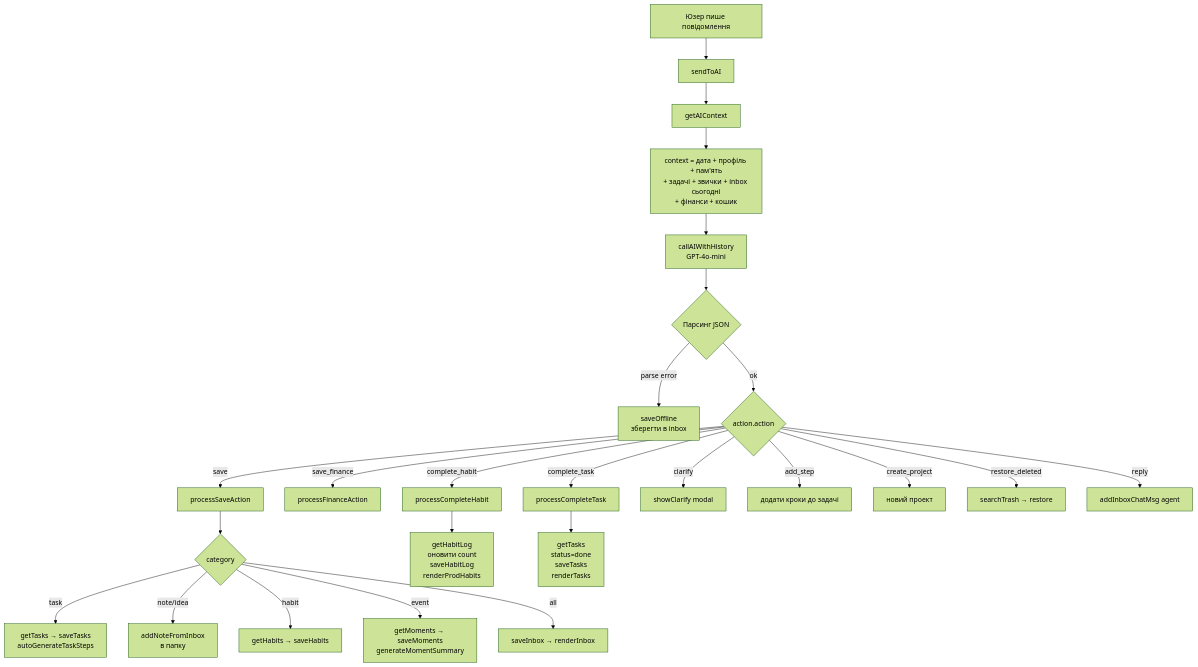
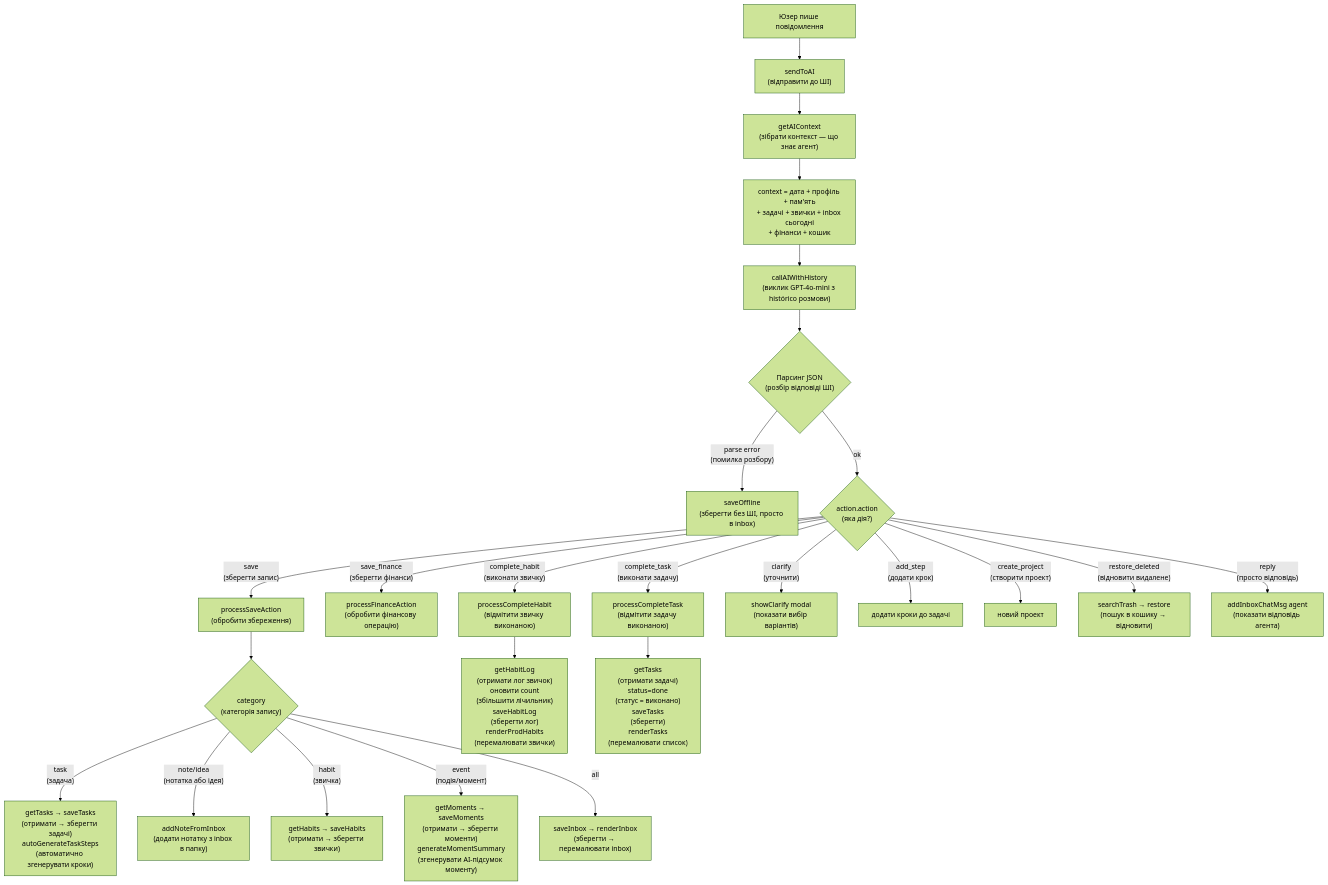
One commit to OWLs68/NeverMind changed the second of 6 diagrams in docs/ARCHITECTURE.md. Above: the diagram before and after it, drawn with Mermaid (forest theme). The commit also changed other lines of this file, not shown here.

First line of the commit message:
docs: додати переклади і описи до всіх діаграм

````diff
--- a/docs/ARCHITECTURE.md
+++ b/docs/ARCHITECTURE.md
@@ -60,30 +75,30 @@
 ```mermaid
 flowchart TD
-    A[Юзер пише повідомлення] --> B[sendToAI]
-    B --> C[getAIContext]
+    A[Юзер пише повідомлення] --> B["sendToAI\n(відправити до ШІ)"]
+    B --> C["getAIContext\n(зібрати контекст — що знає агент)"]
     C --> D["context = дата + профіль + пам'ять\n+ задачі + звички + inbox сьогодні\n+ фінанси + кошик"]
-    D --> E[callAIWithHistory\nGPT-4o-mini]
-    E --> F{Парсинг JSON}
-    F -->|parse error| G[saveOffline\nзберегти в inbox]
-    F -->|ok| H{action.action}
+    D --> E["callAIWithHistory\n(виклик GPT-4o-mini з histórico розмови)"]
+    E --> F{"Парсинг JSON\n(розбір відповіді ШІ)"}
+    F -->|"parse error\n(помилка розбору)"| G["saveOffline\n(зберегти без ШІ, просто в inbox)"]
+    F -->|ok| H{"action.action\n(яка дія?)"}
 
-    H -->|save| I[processSaveAction]
-    H -->|save_finance| J[processFinanceAction]
-    H -->|complete_habit| K[processCompleteHabit]
-    H -->|complete_task| L[processCompleteTask]
-    H -->|clarify| M[showClarify modal]
-    H -->|add_step| N[додати кроки до задачі]
-    H -->|create_project| O[новий проект]
-    H -->|restore_deleted| P[searchTrash → restore]
-    H -->|reply| Q[addInboxChatMsg agent]
+    H -->|"save\n(зберегти запис)"| I["processSaveAction\n(обробити збереження)"]
+    H -->|"save_finance\n(зберегти фінанси)"| J["processFinanceAction\n(обробити фінансову операцію)"]
+    H -->|"complete_habit\n(виконати звичку)"| K["processCompleteHabit\n(відмітити звичку виконаною)"]
+    H -->|"complete_task\n(виконати задачу)"| L["processCompleteTask\n(відмітити задачу виконаною)"]
+    H -->|"clarify\n(уточнити)"| M["showClarify modal\n(показати вибір варіантів)"]
+    H -->|"add_step\n(додати крок)"| N["додати кроки до задачі"]
+    H -->|"create_project\n(створити проект)"| O["новий проект"]
+    H -->|"restore_deleted\n(відновити видалене)"| P["searchTrash → restore\n(пошук в кошику → відновити)"]
+    H -->|"reply\n(просто відповідь)"| Q["addInboxChatMsg agent\n(показати відповідь агента)"]
 
-    I --> I1{category}
-    I1 -->|task| I2[getTasks → saveTasks\nautoGenerateTaskSteps]
-    I1 -->|note/idea| I3[addNoteFromInbox\nв папку]
-    I1 -->|habit| I4[getHabits → saveHabits]
-    I1 -->|event| I5[getMoments → saveMoments\ngenerateMomentSummary]
-    I1 -->|all| I6[saveInbox → renderInbox]
+    I --> I1{"category\n(категорія запису)"}
+    I1 -->|"task\n(задача)"| I2["getTasks → saveTasks\n(отримати → зберегти задачі)\nautoGenerateTaskSteps\n(автоматично згенерувати кроки)"]
+    I1 -->|"note/idea\n(нотатка або ідея)"| I3["addNoteFromInbox\n(додати нотатку з inbox в папку)"]
+    I1 -->|"habit\n(звичка)"| I4["getHabits → saveHabits\n(отримати → зберегти звички)"]
+    I1 -->|"event\n(подія/момент)"| I5["getMoments → saveMoments\n(отримати → зберегти моменти)\ngenerateMomentSummary\n(згенерувати AI-підсумок моменту)"]
+    I1 -->|all| I6["saveInbox → renderInbox\n(зберегти → перемалювати inbox)"]
 
-    K --> K1[getHabitLog\nоновити count\nsaveHabitLog\nrenderProdHabits]
-    L --> L1[getTasks\nstatus=done\nsaveTasks\nrenderTasks]
+    K --> K1["getHabitLog\n(отримати лог звичок)\nоновити count\n(збільшити лічильник)\nsaveHabitLog\n(зберегти лог)\nrenderProdHabits\n(перемалювати звички)"]
+    L --> L1["getTasks\n(отримати задачі)\nstatus=done\n(статус = виконано)\nsaveTasks\n(зберегти)\nrenderTasks\n(перемалювати список)"]
 ```
````
